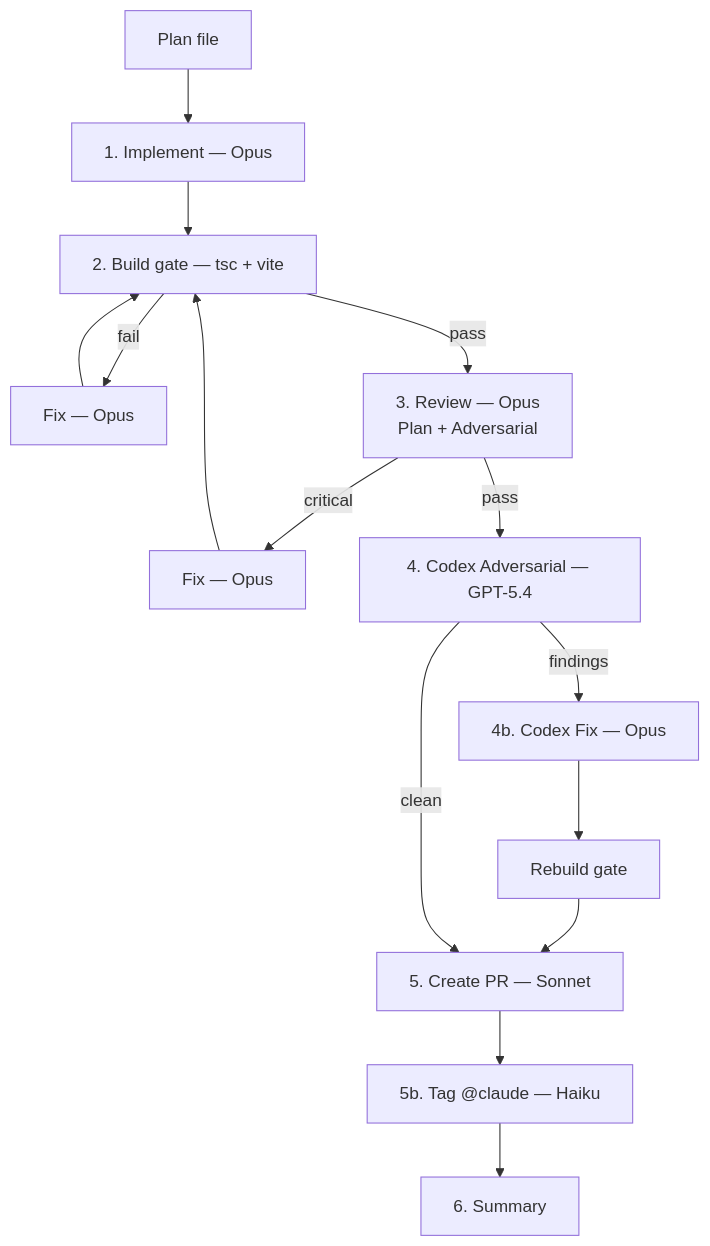
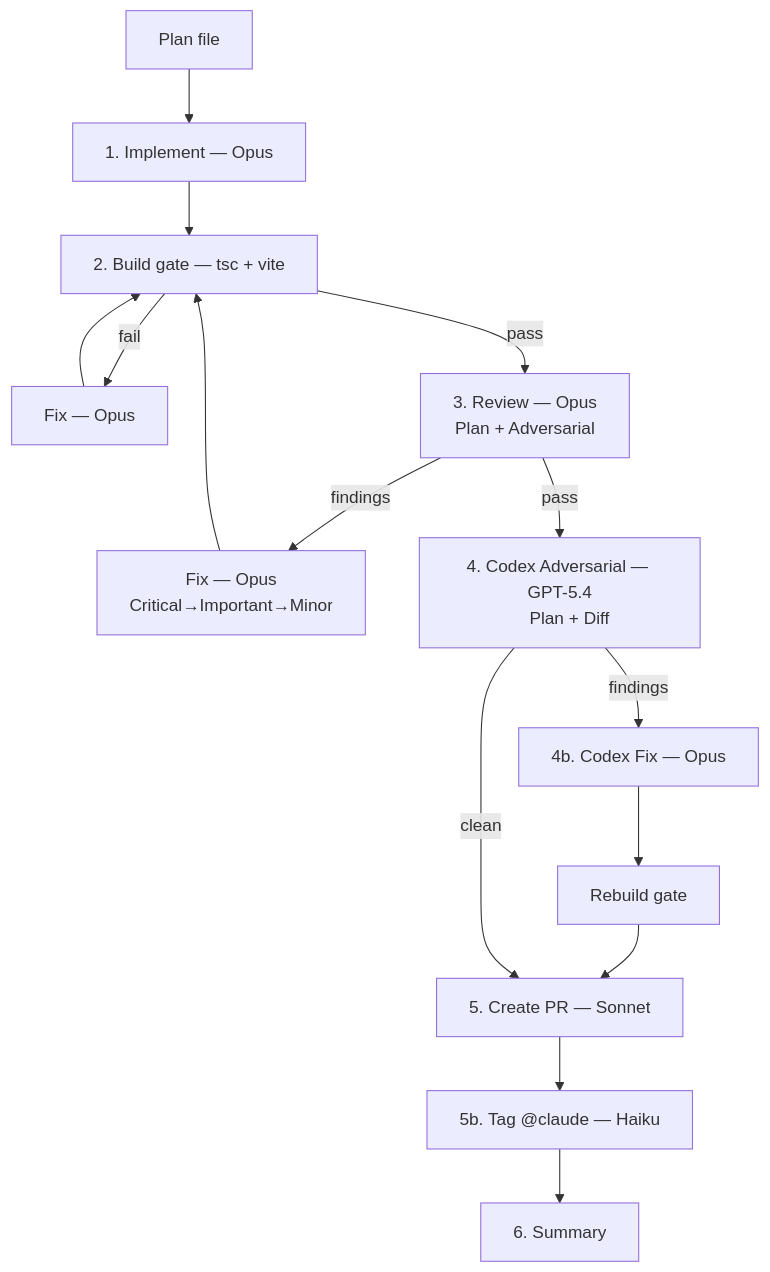
Before and after one commit to ilsantino/iago-os: the first of 3 diagrams in README.md, drawn with Mermaid. The commit also changed other lines of this file and 4 other files, not shown here.

First line of the commit message:
feat(pipeline): fix all review findings locally before PR creation

````diff
--- a/README.md
+++ b/README.md
@@ -116,18 +129,20 @@
 ```mermaid
 flowchart TD
     Plan[Plan file] --> Impl[1. Implement — Opus]
     Impl --> Build[2. Build gate — tsc + vite]
     Build -->|fail| Fix[Fix — Opus]
     Fix --> Build
     Build -->|pass| Review["3. Review — Opus
     Plan + Adversarial"]
-    Review -->|critical| Fix2[Fix — Opus]
+    Review -->|findings| Fix2["Fix — Opus
+    Critical→Important→Minor"]
     Fix2 --> Build
-    Review -->|pass| Codex[4. Codex Adversarial — GPT-5.4]
+    Review -->|pass| Codex["4. Codex Adversarial — GPT-5.4
+    Plan + Diff"]
     Codex -->|findings| CdxFix[4b. Codex Fix — Opus]
     CdxFix --> Rebuild[Rebuild gate]
     Rebuild --> PR[5. Create PR — Sonnet]
     Codex -->|clean| PR
     PR --> Tag[5b. Tag @claude — Haiku]
     Tag --> Summary[6. Summary]
 ```
````
